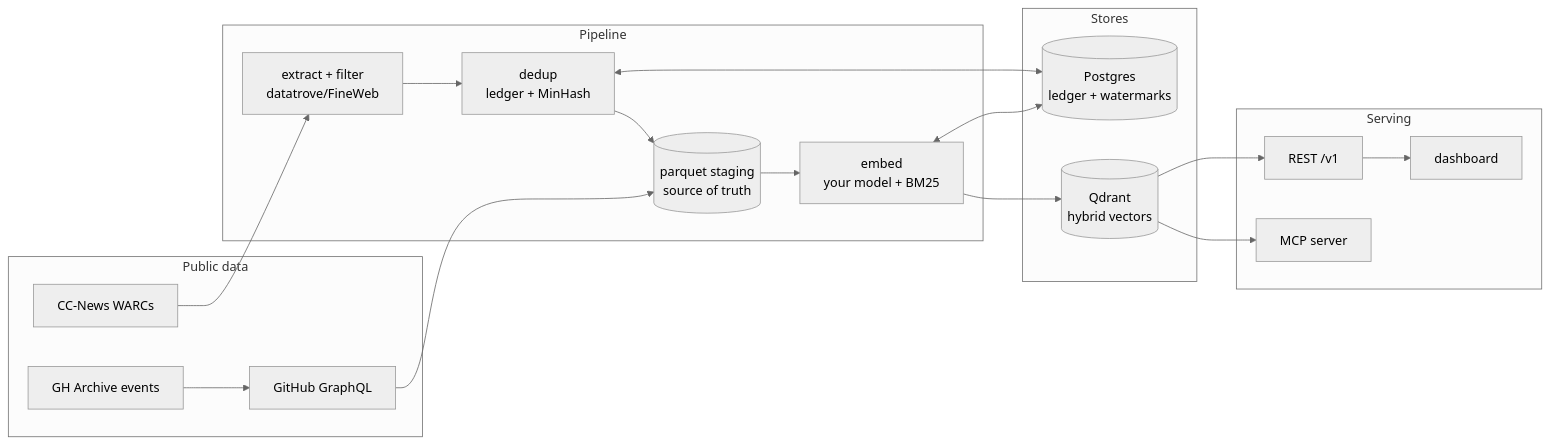
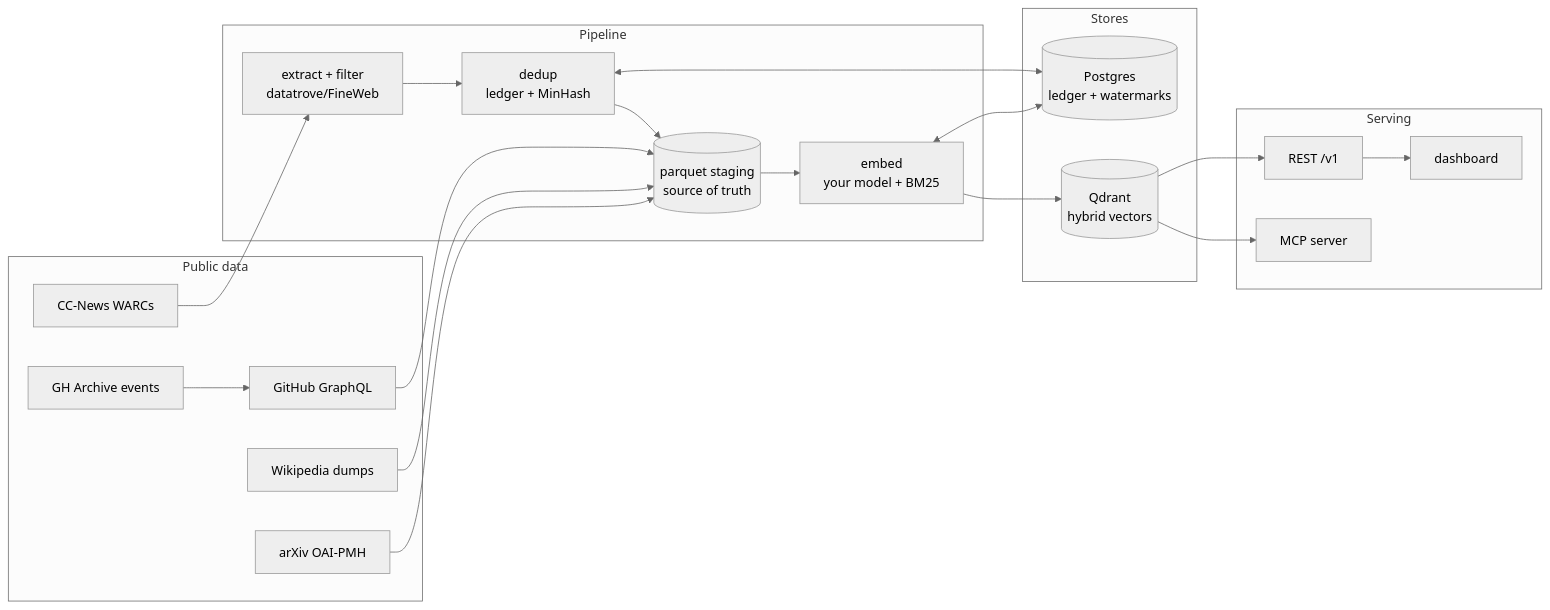
The diagram in README.md (stevemurr/windex), drawn with Mermaid (neutral theme) before and after one commit. The commit also changed other lines of this file and 21 other files, not shown here.

First line of the commit message:
arxiv source: OAI-PMH harvest pipeline

````diff
--- a/README.md
+++ b/README.md
@@ -37,29 +42,33 @@
 ```mermaid
 flowchart LR
     subgraph sources [Public data]
         CC[CC-News WARCs]
         GHA[GH Archive events]
         GH[GitHub GraphQL]
+        WK[Wikipedia dumps]
+        AX[arXiv OAI-PMH]
     end
     subgraph pipeline [Pipeline]
         EX[extract + filter<br/>datatrove/FineWeb]
         DD[dedup<br/>ledger + MinHash]
         PQ[(parquet staging<br/>source of truth)]
         EM[embed<br/>your model + BM25]
     end
     subgraph stores [Stores]
         PG[(Postgres<br/>ledger + watermarks)]
         QD[(Qdrant<br/>hybrid vectors)]
     end
     subgraph serving [Serving]
         API[REST /v1]
         MCP[MCP server]
         DASH[dashboard]
     end
     CC --> EX --> DD --> PQ --> EM --> QD
     GHA --> GH --> PQ
+    WK --> PQ
+    AX --> PQ
     DD <--> PG
     EM <--> PG
     QD --> API --> DASH
     QD --> MCP
 ```
````
